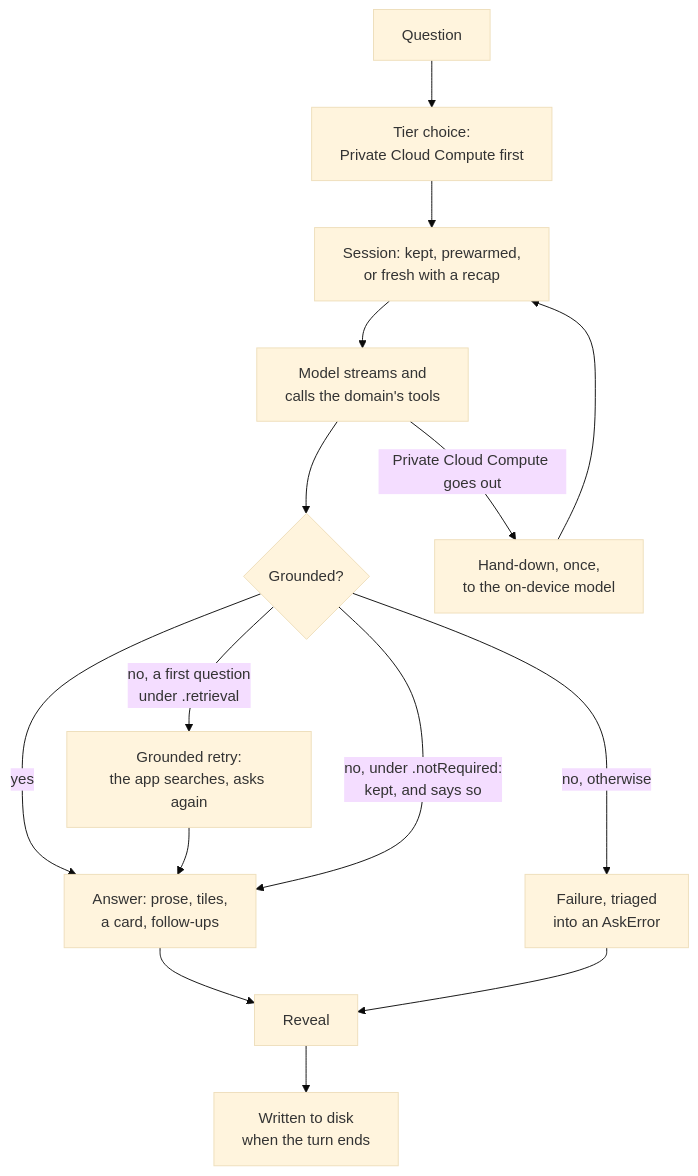
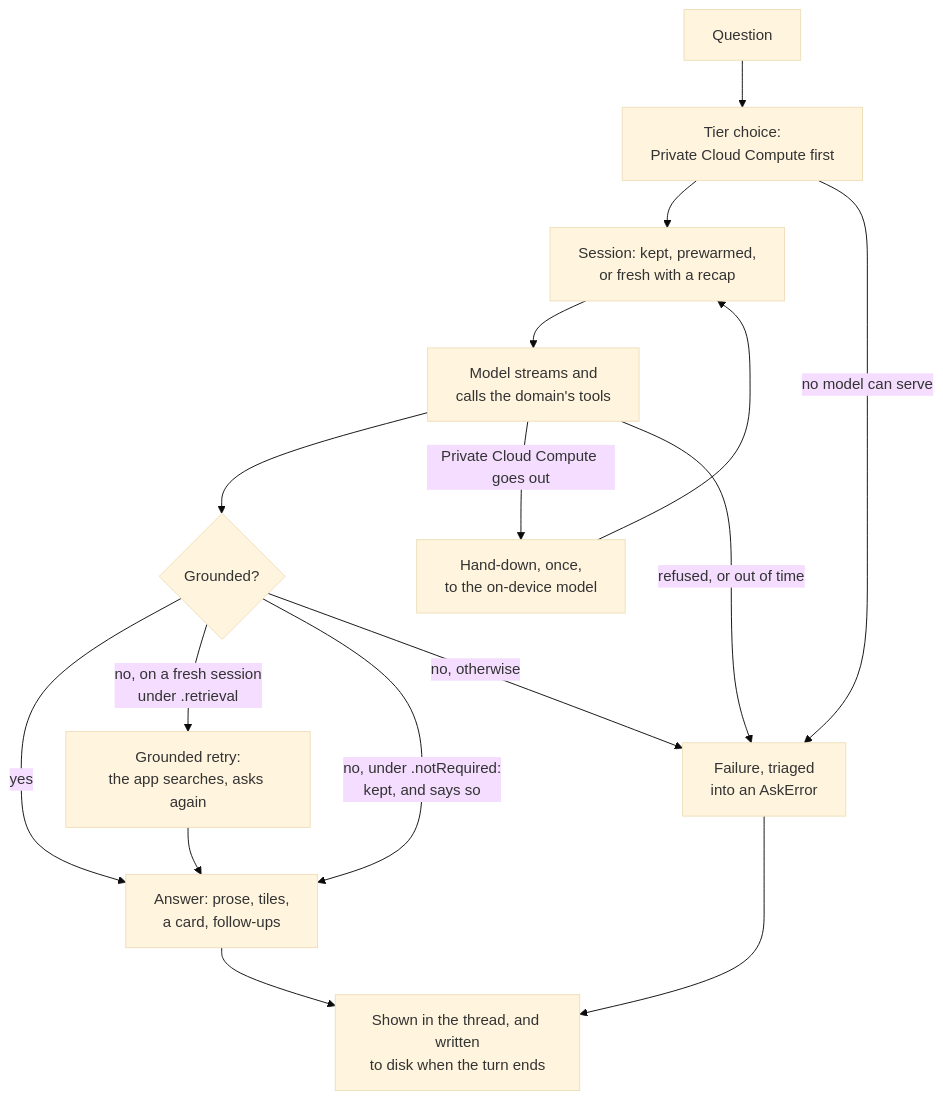
The diagram in README.md (gregyuzik/AskKit), drawn with Mermaid (base theme) before and after one commit. The commit also changed other lines of this file and 6 other files, not shown here.

First line of the commit message:
The README's chart and the docs say what the code does, and an image retake lands recompressed (#92)

````diff
--- a/README.md
+++ b/README.md
@@ -442,17 +442,18 @@
 ```mermaid
 flowchart TD
     question["Question"] --> tier["Tier choice:<br/>Private Cloud Compute first"]
     tier --> session["Session: kept, prewarmed,<br/>or fresh with a recap"]
     session --> model["Model streams and<br/>calls the domain's tools"]
     model --> verdict{"Grounded?"}
-    verdict -->|"no, a first question<br/>under .retrieval"| retry["Grounded retry:<br/>the app searches, asks again"]
     verdict -->|"yes"| answer["Answer: prose, tiles,<br/>a card, follow-ups"]
+    verdict -->|"no, on a fresh session<br/>under .retrieval"| retry["Grounded retry:<br/>the app searches, asks again"]
     retry --> answer
     verdict -->|"no, under .notRequired:<br/>kept, and says so"| answer
     verdict -->|"no, otherwise"| failure["Failure, triaged<br/>into an AskError"]
     model -->|"Private Cloud Compute goes out"| handdown["Hand-down, once,<br/>to the on-device model"]
     handdown --> session
-    answer --> reveal["Reveal"]
-    failure --> reveal
-    reveal --> disk["Written to disk<br/>when the turn ends"]
+    tier -->|"no model can serve"| failure
+    model -->|"refused, or out of time"| failure
+    answer --> thread["Shown in the thread, and written<br/>to disk when the turn ends"]
+    failure --> thread
 ```
````
